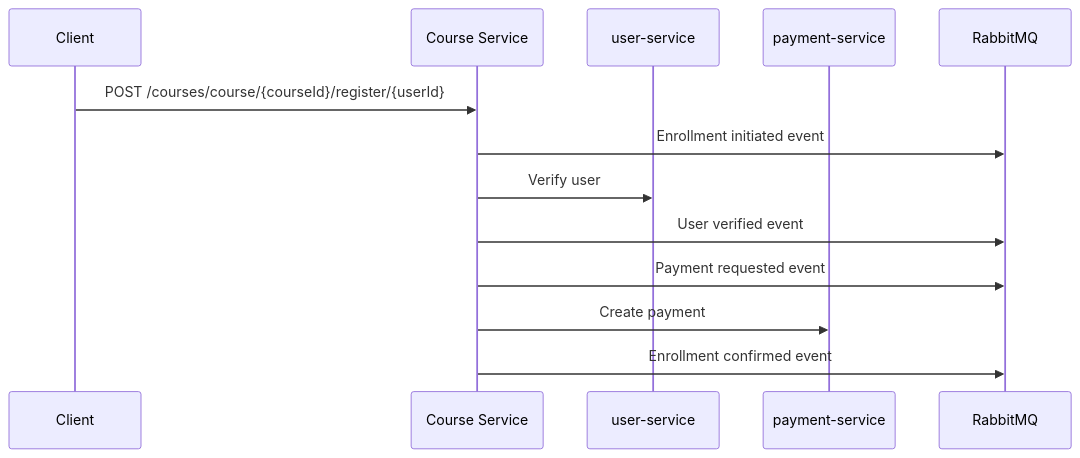
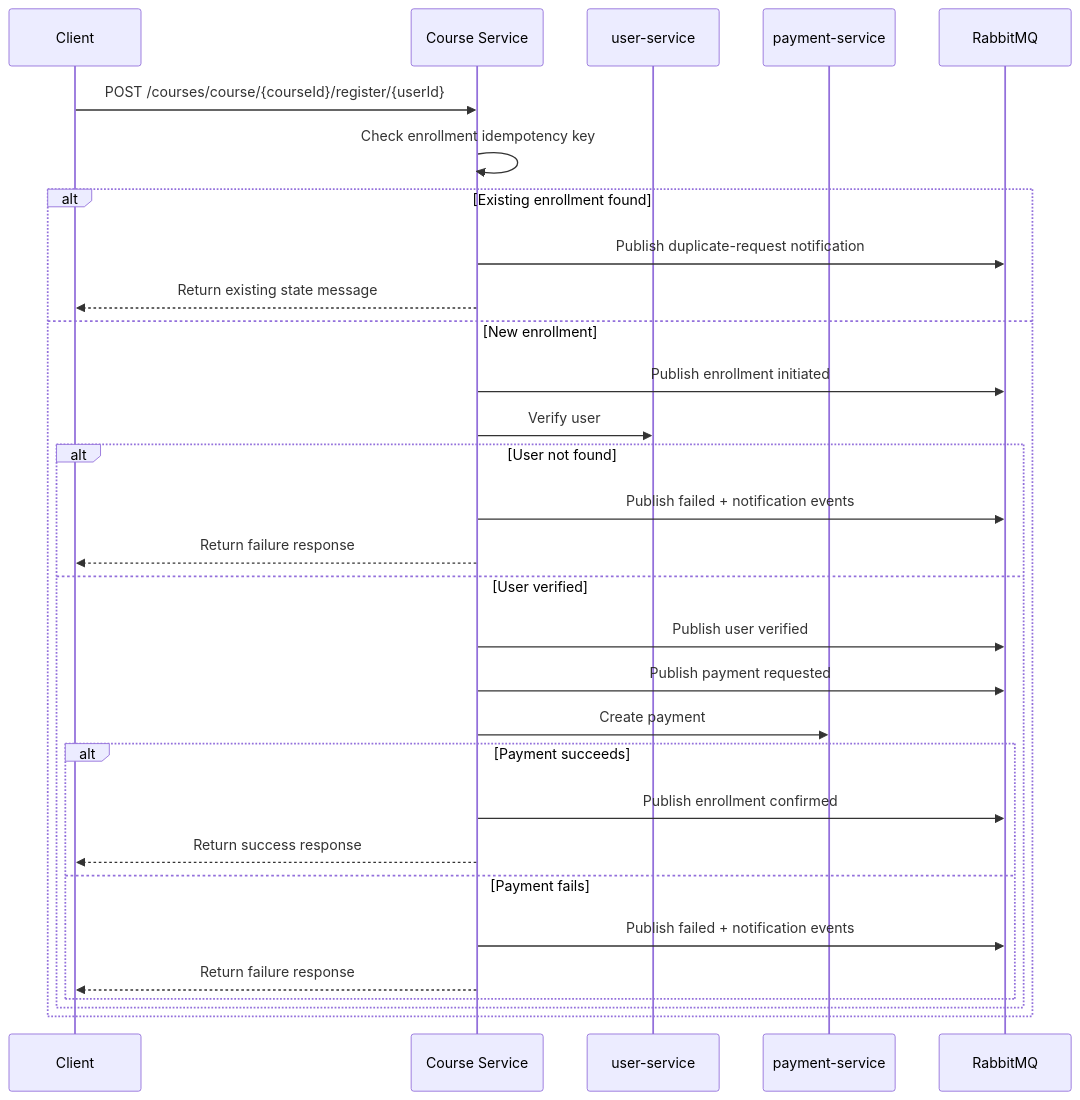
Before and after one commit to byte2code/course-service: the second of 2 diagrams in README.md, drawn with Mermaid. The commit also changed other lines of this file and 4 other files, not shown here.

Commit message:
Add integration tests and README flow updates

````diff
--- a/README.md
+++ b/README.md
@@ -78,16 +78,36 @@
 ```mermaid
 sequenceDiagram
     participant Client
     participant CourseAPI as Course Service
     participant UserSvc as user-service
     participant PaySvc as payment-service
     participant RabbitMQ
 
     Client->>CourseAPI: POST /courses/course/{courseId}/register/{userId}
-    CourseAPI->>RabbitMQ: Enrollment initiated event
-    CourseAPI->>UserSvc: Verify user
-    CourseAPI->>RabbitMQ: User verified event
-    CourseAPI->>RabbitMQ: Payment requested event
-    CourseAPI->>PaySvc: Create payment
-    CourseAPI->>RabbitMQ: Enrollment confirmed event
+    CourseAPI->>CourseAPI: Check enrollment idempotency key
+
+    alt Existing enrollment found
+        CourseAPI->>RabbitMQ: Publish duplicate-request notification
+        CourseAPI-->>Client: Return existing state message
+    else New enrollment
+        CourseAPI->>RabbitMQ: Publish enrollment initiated
+        CourseAPI->>UserSvc: Verify user
+
+        alt User not found
+            CourseAPI->>RabbitMQ: Publish failed + notification events
+            CourseAPI-->>Client: Return failure response
+        else User verified
+            CourseAPI->>RabbitMQ: Publish user verified
+            CourseAPI->>RabbitMQ: Publish payment requested
+            CourseAPI->>PaySvc: Create payment
+
+            alt Payment succeeds
+                CourseAPI->>RabbitMQ: Publish enrollment confirmed
+                CourseAPI-->>Client: Return success response
+            else Payment fails
+                CourseAPI->>RabbitMQ: Publish failed + notification events
+                CourseAPI-->>Client: Return failure response
+            end
+        end
+    end
 ```
````
